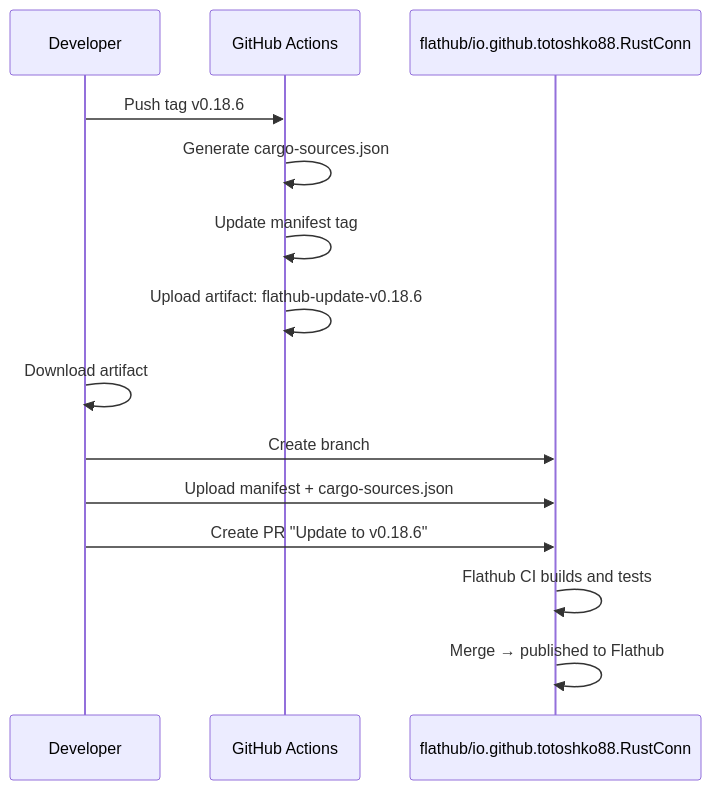
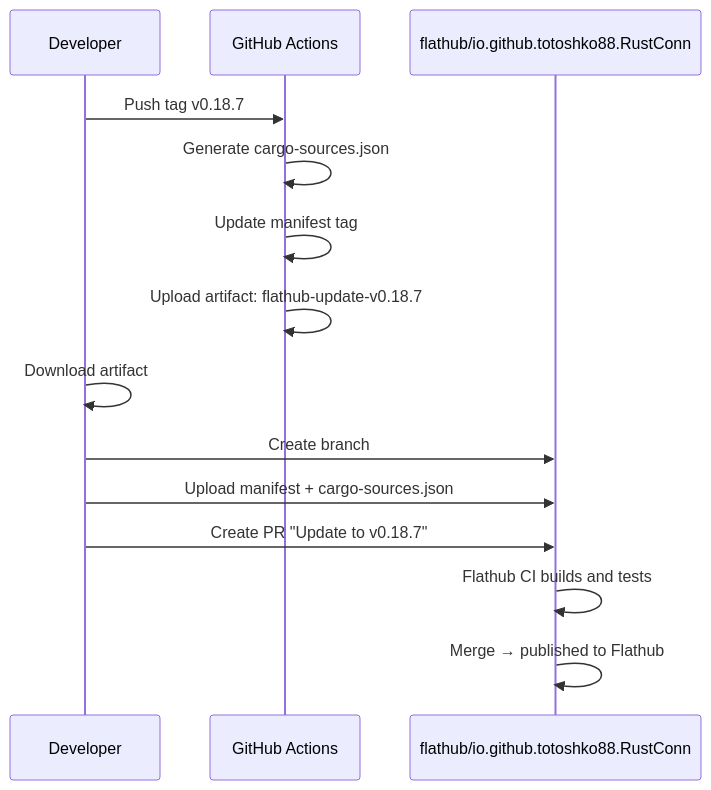
One commit to shanecaf/RustConn changed the sixth of 6 diagrams in docs/CI_BUILD_FLOW.md. Above: the diagram before and after it, drawn with Mermaid. The commit also changed other lines of this file and 47 other files, not shown here.

````diff
--- a/docs/CI_BUILD_FLOW.md
+++ b/docs/CI_BUILD_FLOW.md
@@ -255,18 +255,18 @@
 ```mermaid
 sequenceDiagram
     participant Dev as Developer
     participant GH as GitHub Actions
     participant FH as flathub/io.github.totoshko88.RustConn
 
-    Dev->>GH: Push tag v0.18.6
+    Dev->>GH: Push tag v0.18.7
     GH->>GH: Generate cargo-sources.json
     GH->>GH: Update manifest tag
-    GH->>GH: Upload artifact: flathub-update-v0.18.6
+    GH->>GH: Upload artifact: flathub-update-v0.18.7
 
     Dev->>Dev: Download artifact
     Dev->>FH: Create branch
     Dev->>FH: Upload manifest + cargo-sources.json
-    Dev->>FH: Create PR "Update to v0.18.6"
+    Dev->>FH: Create PR "Update to v0.18.7"
     FH->>FH: Flathub CI builds and tests
     FH->>FH: Merge → published to Flathub
 ```
````
